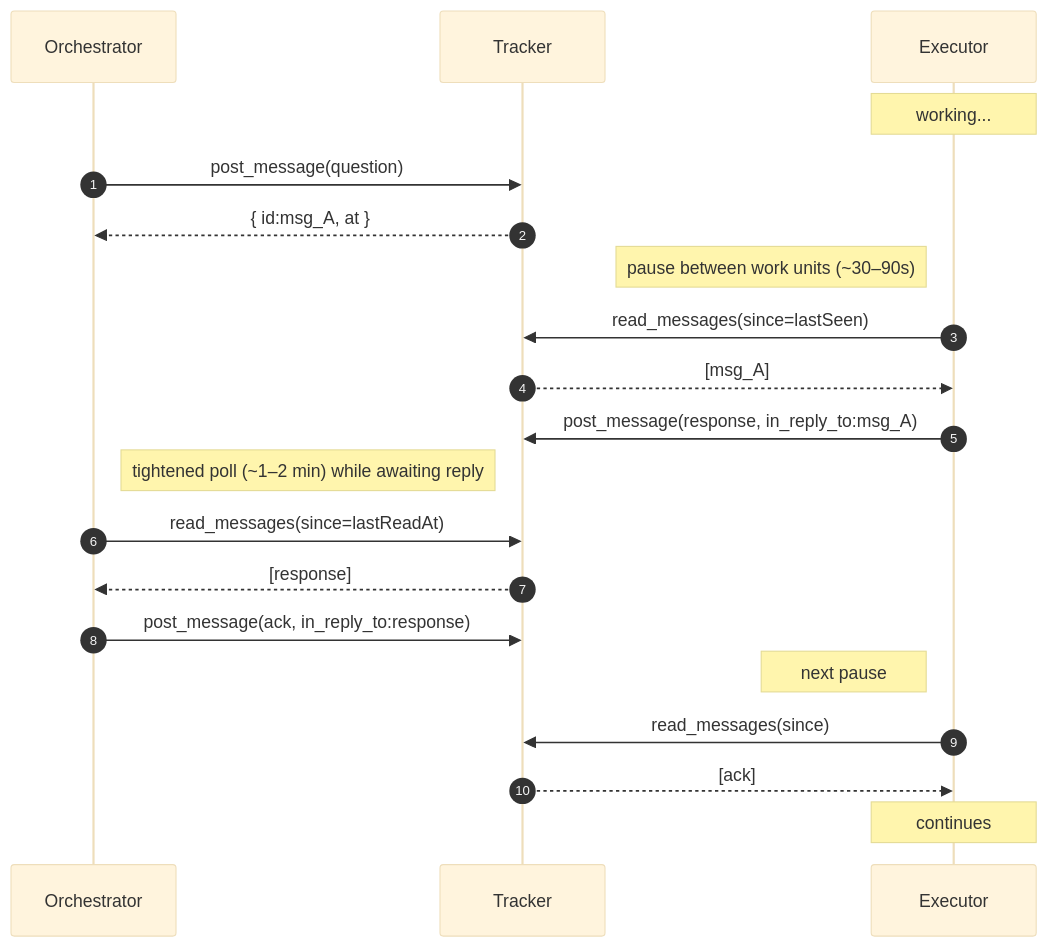
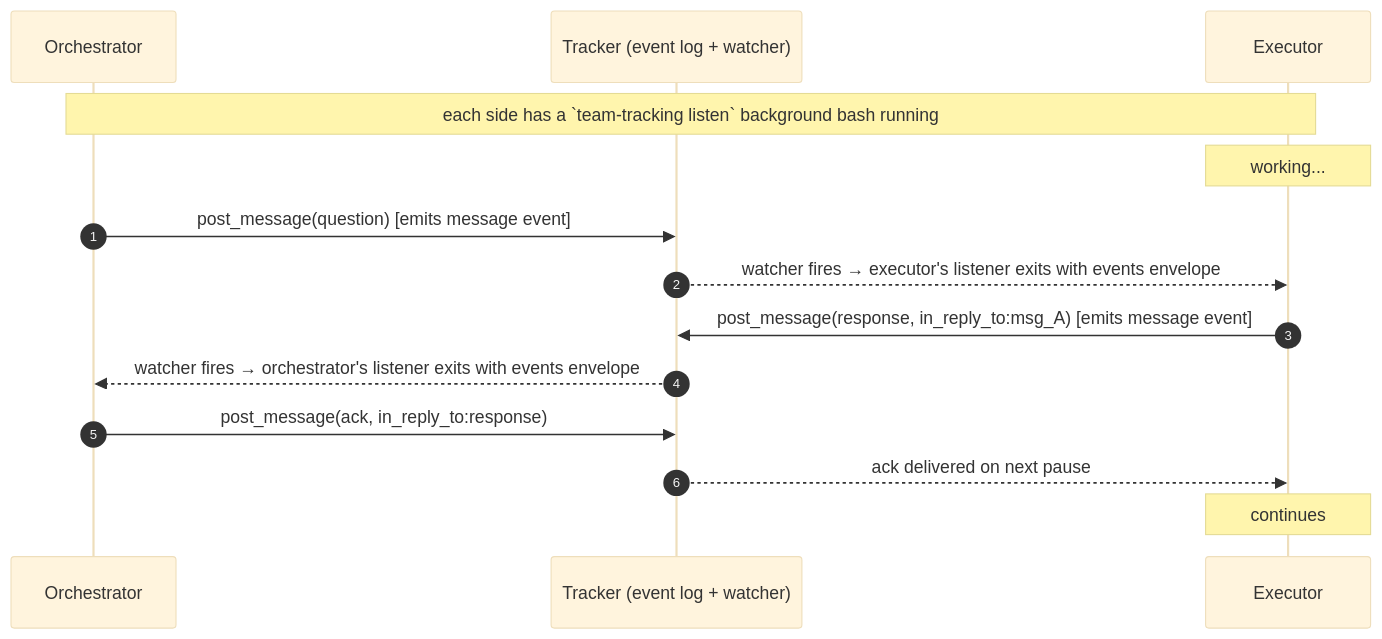
Before and after one commit to RazvanRotaru/team-tracking-plugin: the diagram in plugins/team-tracking-mcp/skills/team-tracking-orchestrate/SKILL.md, drawn with Mermaid (base theme). The commit also changed other lines of this file and 8 other files, not shown here.

First line of the commit message:
feat(tools+skills): read_events tool, listen-CLI guidance in skills

````diff
--- a/plugins/team-tracking-mcp/skills/team-tracking-orchestrate/SKILL.md
+++ b/plugins/team-tracking-mcp/skills/team-tracking-orchestrate/SKILL.md
@@ -139,23 +160,17 @@
 ```mermaid
 sequenceDiagram
     autonumber
     participant O as Orchestrator
-    participant T as Tracker
+    participant T as Tracker (event log + watcher)
     participant E as Executor
 
+    Note over O,E: each side has a `team-tracking listen` background bash running
     Note over E: working...
-    O->>T: post_message(question)
-    T-->>O: { id:msg_A, at }
-    Note left of E: pause between work units (~30–90s)
-    E->>T: read_messages(since=lastSeen)
-    T-->>E: [msg_A]
-    E->>T: post_message(response, in_reply_to:msg_A)
-    Note right of O: tightened poll (~1–2 min) while awaiting reply
-    O->>T: read_messages(since=lastReadAt)
-    T-->>O: [response]
+    O->>T: post_message(question)  [emits message event]
+    T-->>E: watcher fires → executor's listener exits with events envelope
+    E->>T: post_message(response, in_reply_to:msg_A)  [emits message event]
+    T-->>O: watcher fires → orchestrator's listener exits with events envelope
     O->>T: post_message(ack, in_reply_to:response)
-    Note left of E: next pause
-    E->>T: read_messages(since)
-    T-->>E: [ack]
+    T-->>E: ack delivered on next pause
     Note over E: continues
 ```
````
